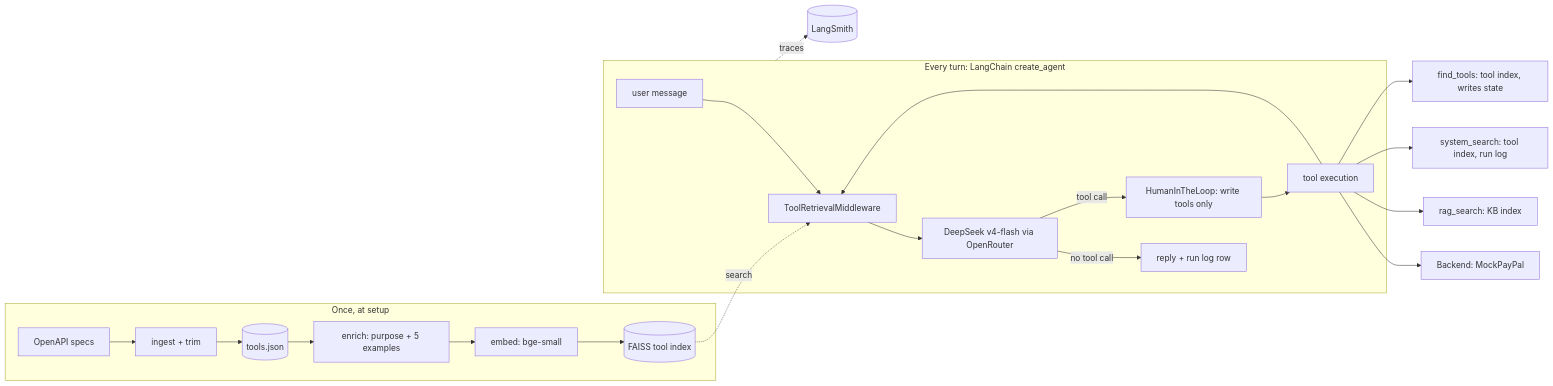
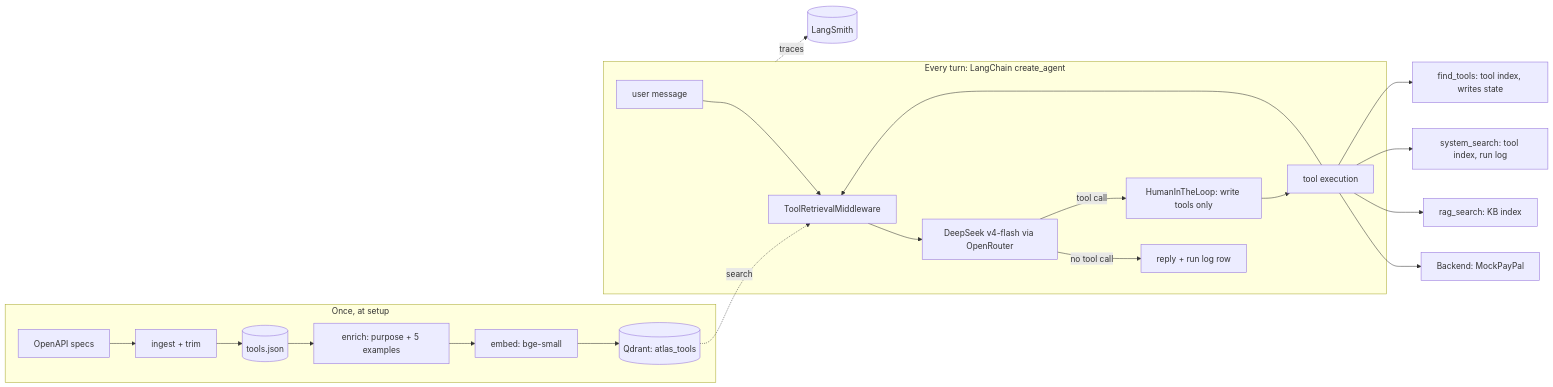
Before and after one commit to ajay-drew/tool-retrieval-agent: the diagram in architecture.md, drawn with Mermaid. The commit also changed other lines of this file and 28 other files, not shown here.

First line of the commit message:
Add tool enrichment, Qdrant retrieval and the R0 retrieval eval

````diff
--- a/architecture.md
+++ b/architecture.md
@@ -7,21 +7,21 @@
 ```mermaid
 flowchart LR
   subgraph Setup["Once, at setup"]
     S[OpenAPI specs] --> I[ingest + trim] --> T[(tools.json)]
-    T --> E[enrich: purpose + 5 examples] --> X[embed: bge-small] --> F[(FAISS tool index)]
+    T --> E[enrich: purpose + 5 examples] --> X[embed: bge-small] --> F[(Qdrant: atlas_tools)]
   end
   subgraph Turn["Every turn: LangChain create_agent"]
     U[user message] --> M[ToolRetrievalMiddleware]
     F -.search.-> M
     M --> L[DeepSeek v4-flash via OpenRouter]
     L -- no tool call --> R[reply + run log row]
     L -- tool call --> H[HumanInTheLoop: write tools only]
     H --> N[tool execution]
     N --> M
   end
   N --> B[Backend: MockPayPal]
   N --> K[rag_search: KB index]
   N --> Y[system_search: tool index, run log]
   N --> Q[find_tools: tool index, writes state]
   Turn -. traces .-> LS[(LangSmith)]
 ```
````
